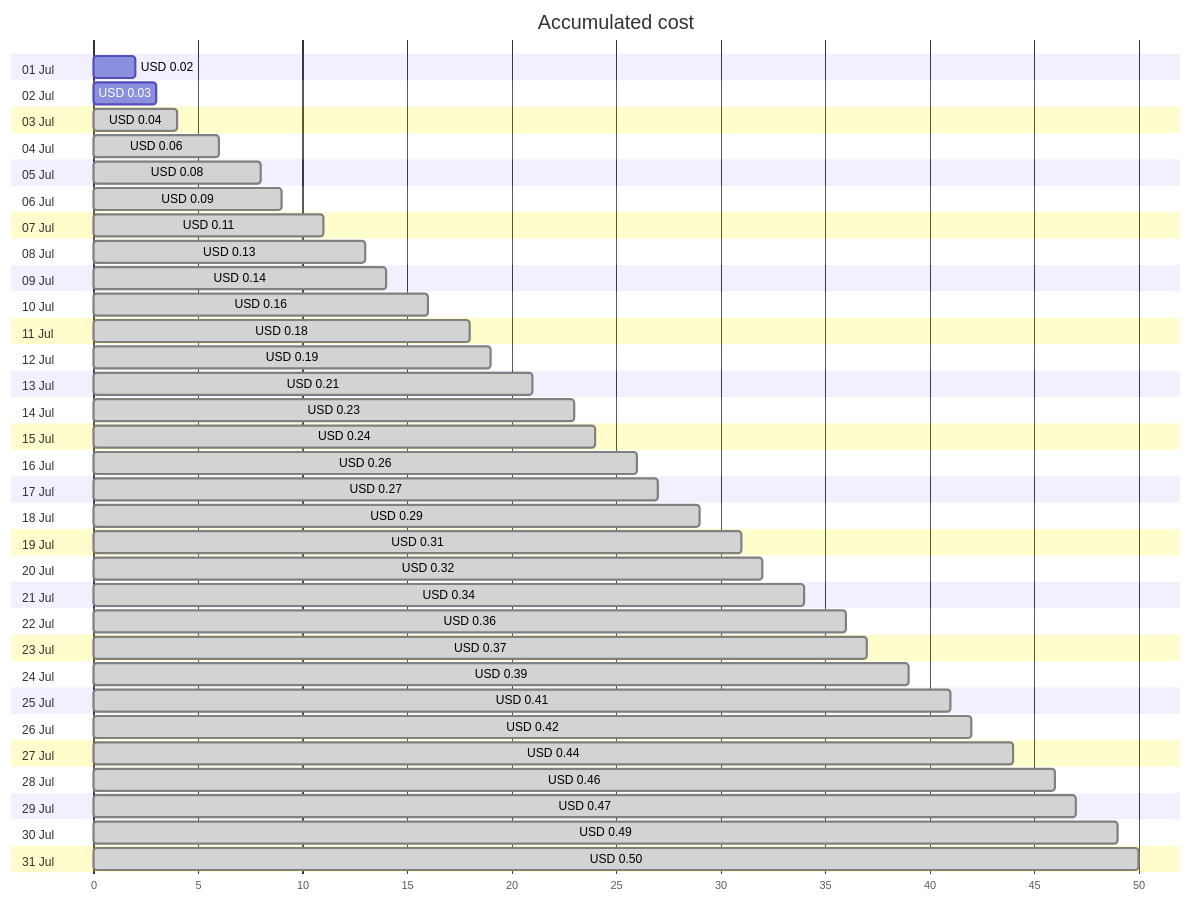
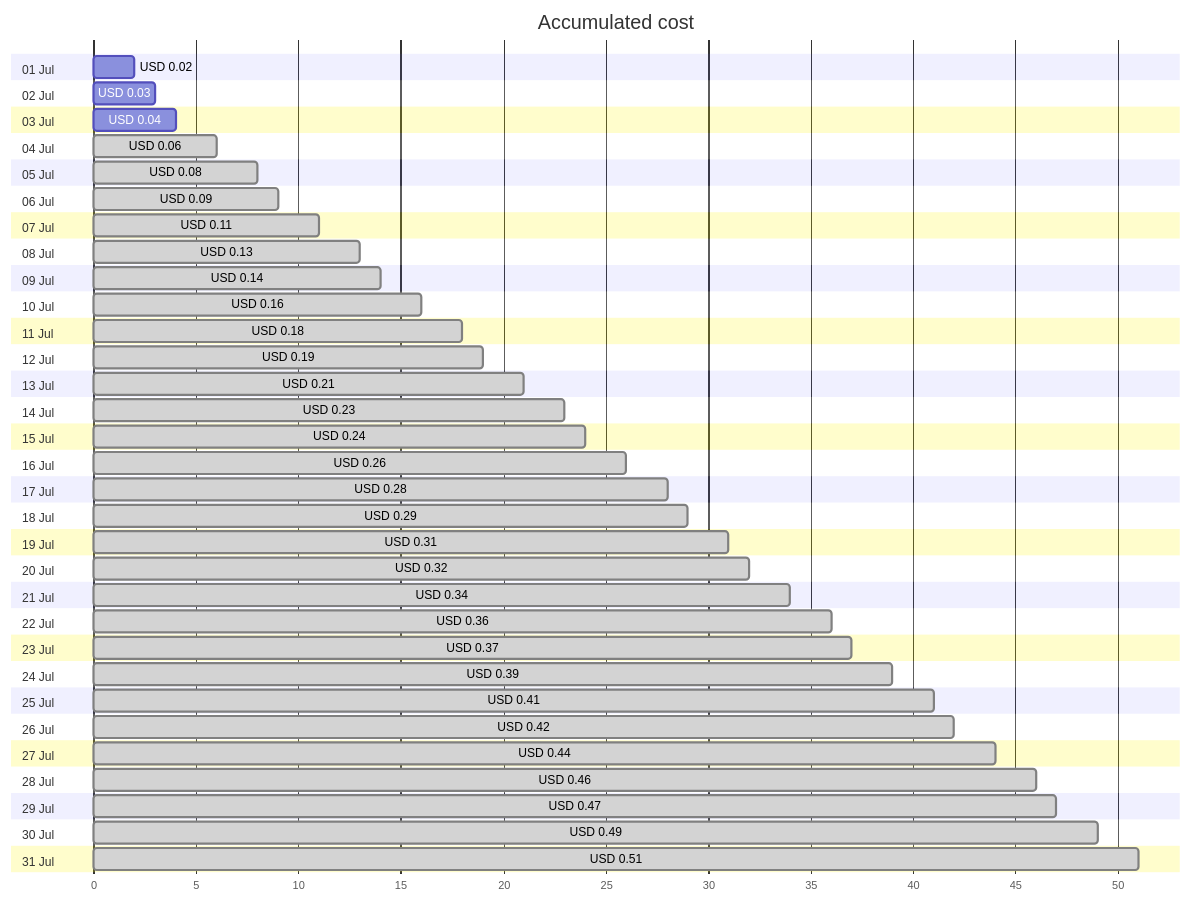
Before and after one commit to jpfulton/azure-personal-reports: the first of 4 diagrams in cost-reports/personal-dns/jpatrickfulton.dev.md, drawn with Mermaid. The commit also changed other lines of this file and 2 other files, not shown here.

````diff
--- a/cost-reports/personal-dns/jpatrickfulton.dev.md
+++ b/cost-reports/personal-dns/jpatrickfulton.dev.md
@@ -20,68 +20,68 @@
 ```mermaid
 gantt
    title Accumulated cost
    dateFormat  X
    axisFormat %s
    section 01 Jul
    USD 0.02 :0, 2
    section 02 Jul
    USD 0.03 :0, 3
    section 03 Jul
-   USD 0.04 : done, 0, 4
+   USD 0.04 :0, 4
    section 04 Jul
    USD 0.06 : done, 0, 6
    section 05 Jul
    USD 0.08 : done, 0, 8
    section 06 Jul
    USD 0.09 : done, 0, 9
    section 07 Jul
    USD 0.11 : done, 0, 11
    section 08 Jul
    USD 0.13 : done, 0, 13
    section 09 Jul
    USD 0.14 : done, 0, 14
    section 10 Jul
    USD 0.16 : done, 0, 16
    section 11 Jul
    USD 0.18 : done, 0, 18
    section 12 Jul
    USD 0.19 : done, 0, 19
    section 13 Jul
    USD 0.21 : done, 0, 21
    section 14 Jul
    USD 0.23 : done, 0, 23
    section 15 Jul
    USD 0.24 : done, 0, 24
    section 16 Jul
    USD 0.26 : done, 0, 26
    section 17 Jul
-   USD 0.27 : done, 0, 27
+   USD 0.28 : done, 0, 28
    section 18 Jul
    USD 0.29 : done, 0, 29
    section 19 Jul
    USD 0.31 : done, 0, 31
    section 20 Jul
    USD 0.32 : done, 0, 32
    section 21 Jul
    USD 0.34 : done, 0, 34
    section 22 Jul
    USD 0.36 : done, 0, 36
    section 23 Jul
    USD 0.37 : done, 0, 37
    section 24 Jul
    USD 0.39 : done, 0, 39
    section 25 Jul
    USD 0.41 : done, 0, 41
    section 26 Jul
    USD 0.42 : done, 0, 42
    section 27 Jul
    USD 0.44 : done, 0, 44
    section 28 Jul
    USD 0.46 : done, 0, 46
    section 29 Jul
    USD 0.47 : done, 0, 47
    section 30 Jul
    USD 0.49 : done, 0, 49
    section 31 Jul
-   USD 0.50 : done, 0, 50
+   USD 0.51 : done, 0, 51
 ```
````
